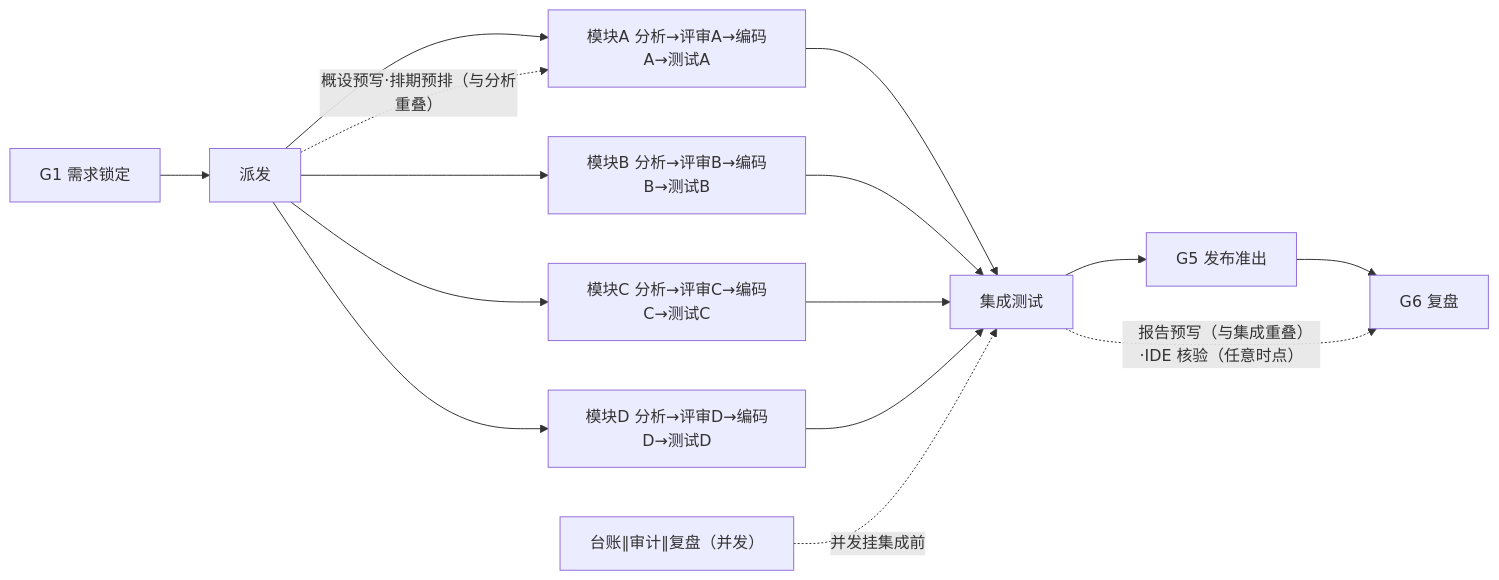
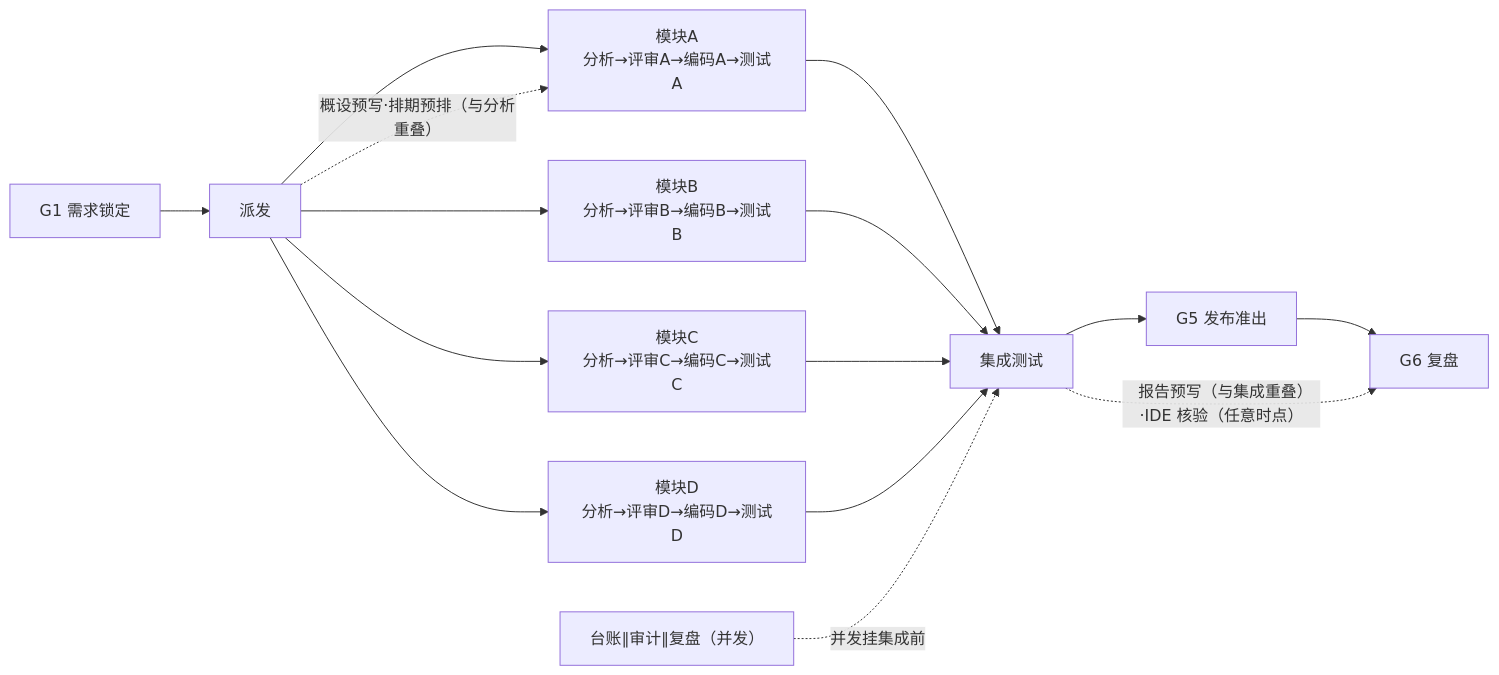
Before and after one commit to issac-new/SwarmStudio: the first of 4 diagrams in docs/superpowers/specs/2026-10-05-mux-v8-fullflow-plan.md, drawn with Mermaid. The commit also changed other lines of this file and 2 other files, not shown here.

Commit message:
fix(plan-ui): 验收三病修复——tokens 注入包 style 标签（裸 CSS 被 pandoc 当正文泄漏页首）/粗体闭合句号外移（CommonMark CJK flanking 字面星号）/DAG 节点 <br/> 防孤字换行+表格首列 4em 下限
- render.sh: tokens.css 拼装包 <style>（视觉验收实锤：整段 CSS 源码排进左栏、横幅被挤飞、页高多 2300px）
- 正文本体：『把关。**全程』→『把关**。全程』（句号在粗体闭合内侧+后跟汉字=右 flanking 失败，pandoc gfm 按原文输出星号）
- §1.0.1 mermaid 四节点标签加 <br/>（模块A/分析→评审…两行化，A/B 孤字与测/试C 断行根治）
- style-header: td:first-child min-width:4em（CJK 逐字断行把短标签列压成单字竖排）

````diff
--- a/docs/superpowers/specs/2026-10-05-mux-v8-fullflow-plan.md
+++ b/docs/superpowers/specs/2026-10-05-mux-v8-fullflow-plan.md
@@ -50,16 +50,16 @@
 ```mermaid
 flowchart LR
     G1["G1 需求锁定"] --> D["派发"]
-    D --> A["模块A 分析→评审A→编码A→测试A"]
-    D --> B["模块B 分析→评审B→编码B→测试B"]
-    D --> C["模块C 分析→评审C→编码C→测试C"]
-    D --> E["模块D 分析→评审D→编码D→测试D"]
+    D --> A["模块A<br/>分析→评审A→编码A→测试A"]
+    D --> B["模块B<br/>分析→评审B→编码B→测试B"]
+    D --> C["模块C<br/>分析→评审C→编码C→测试C"]
+    D --> E["模块D<br/>分析→评审D→编码D→测试D"]
     A --> IT["集成测试"]
     B --> IT
     C --> IT
     E --> IT
     IT --> G5["G5 发布准出"] --> G6["G6 复盘"]
     GOV["台账∥审计∥复盘（并发）"] -.并发挂集成前.-> IT
     D -. "概设预写·排期预排（与分析重叠）" .-> A
     IT -. "报告预写（与集成重叠）·IDE 核验（任意时点）" .-> G6
 ```
````
